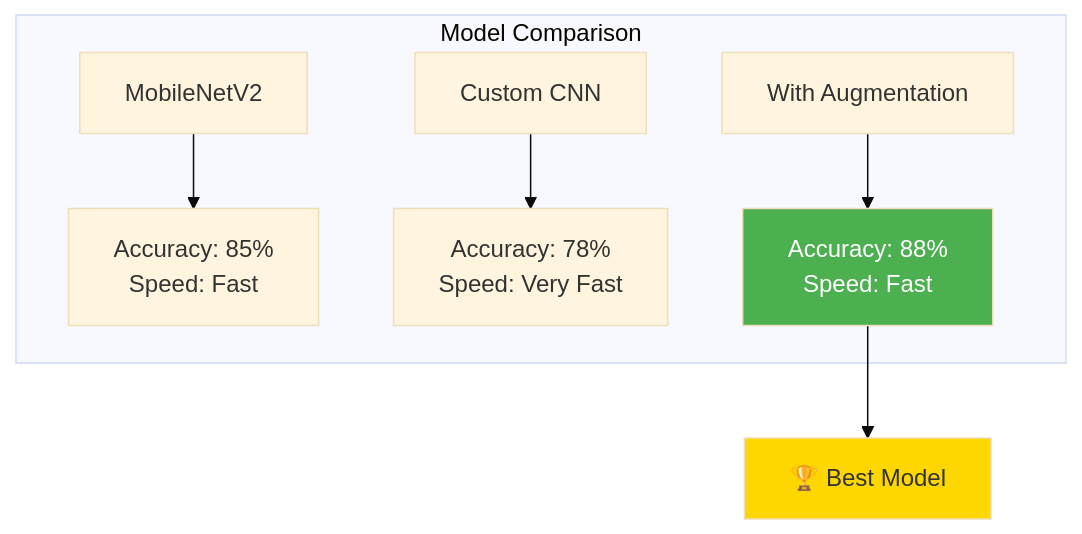
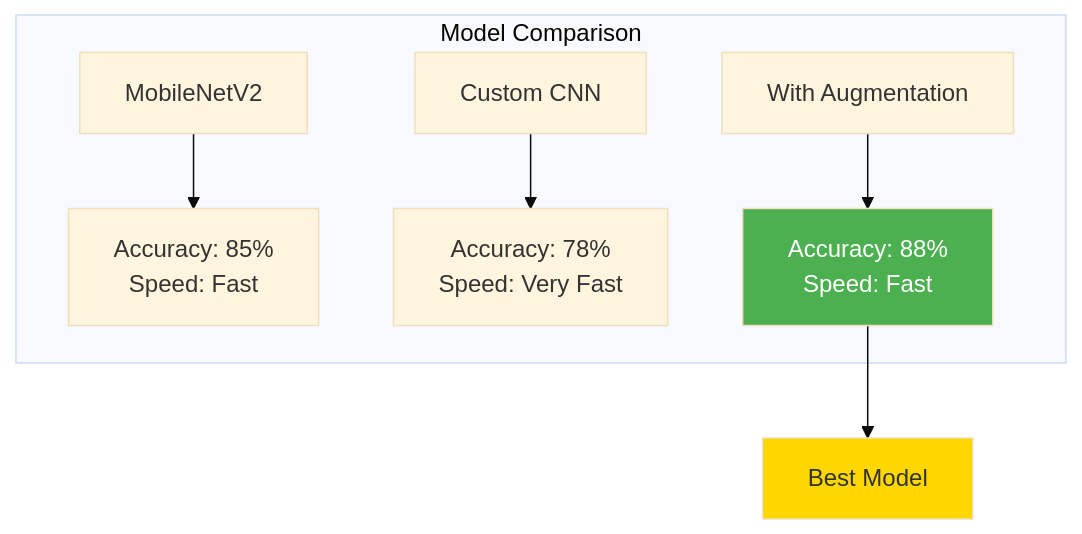
Diagram 14 of 16 in docs/workflow_evaluation.md (SITES-spectral/phenocai), drawn with Mermaid (base theme) before and after one commit. The commit also changed other lines of this file and 4 other files, not shown here.

````diff
--- a/docs/workflow_evaluation.md
+++ b/docs/workflow_evaluation.md
@@ -270,13 +270,13 @@
 ```mermaid
 graph TD
     subgraph Model Comparison
         A[MobileNetV2] --> B[Accuracy: 85%<br/>Speed: Fast]
         C[Custom CNN] --> D[Accuracy: 78%<br/>Speed: Very Fast]
         E[With Augmentation] --> F[Accuracy: 88%<br/>Speed: Fast]
     end
     
-    F --> G[🏆 Best Model]
+    F --> G[Best Model]
     
     style F fill:#4caf50,color:#fff
     style G fill:#ffd700
 ```
````
